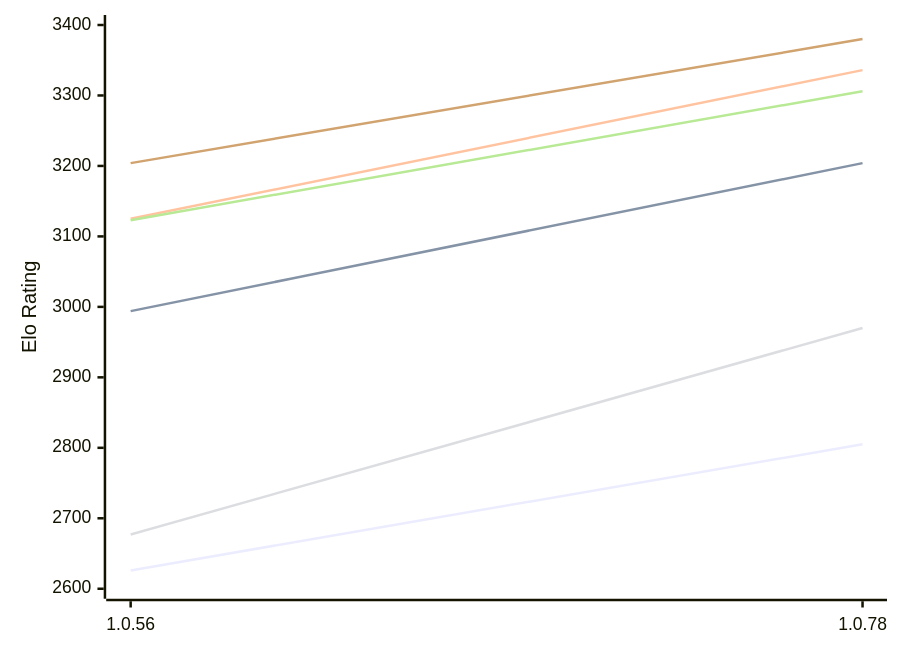
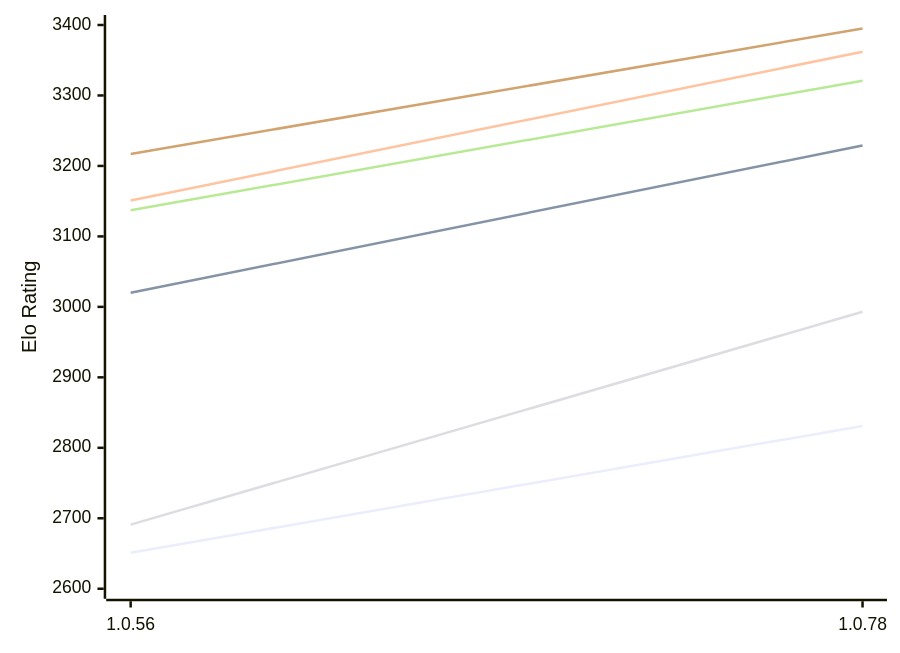
One commit to computer-chess-index/cci changed the first of 2 diagrams in engines/RustyRival.md. Above: the diagram before and after it, drawn with Mermaid. The commit also changed other lines of this file, not shown here.

Commit message:
Update CCI Ratings (ELO VLTC) - 2026-10-24

````diff
--- a/engines/RustyRival.md
+++ b/engines/RustyRival.md
@@ -63,12 +63,12 @@
 ```mermaid
 %%{init: {"theme":"base","themeVariables":{"seriesColors:['#a3a3a3','#222221','#faa371']}}}%%
 xychart-beta
   x-axis ["1.0.56", "1.0.78"]
   y-axis "Elo Rating" 2600 --> 3400
-  line "E1: STC (8.0+0.08s)" [2626, 2805]
-  line "E1: LTC (60.0+0.60s)" [2994, 3204]
-  line "E1: VLTC (2m24s+1.12s)" [3125, 3336]
-  line "P1: STC (8.0+0.08s)" [2677, 2970]
-  line "P1: LTC (60.0+0.60s)" [3123, 3306]
-  line "P1: VLTC (2m24s+1.12s)" [3204, 3380]
+  line "E1: STC (8.0+0.08s)" [2651, 2831]
+  line "E1: LTC (60.0+0.60s)" [3020, 3229]
+  line "E1: VLTC (2m24s+1.12s)" [3151, 3362]
+  line "P1: STC (8.0+0.08s)" [2691, 2993]
+  line "P1: LTC (60.0+0.60s)" [3137, 3321]
+  line "P1: VLTC (2m24s+1.12s)" [3217, 3395]
 ```
````
